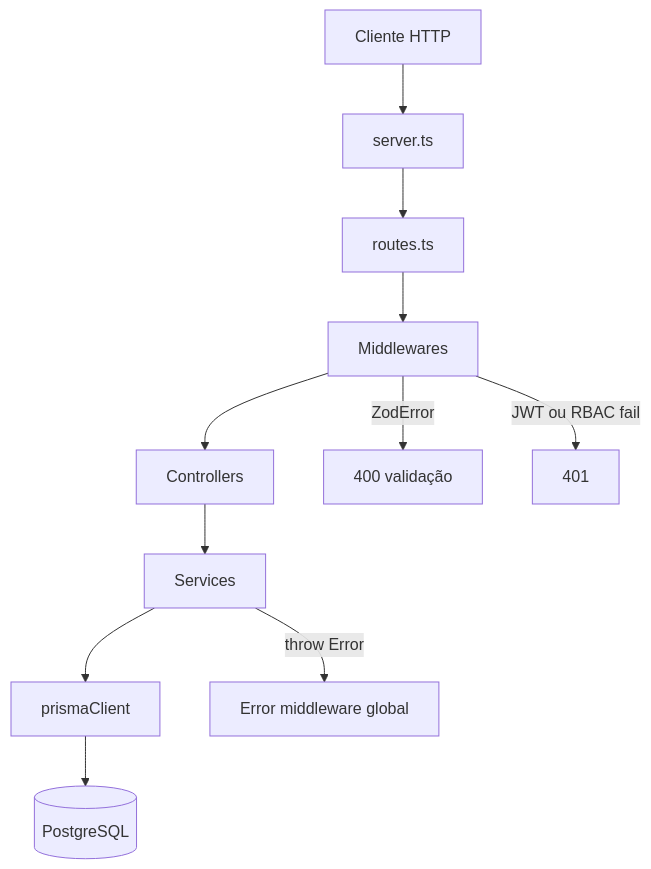
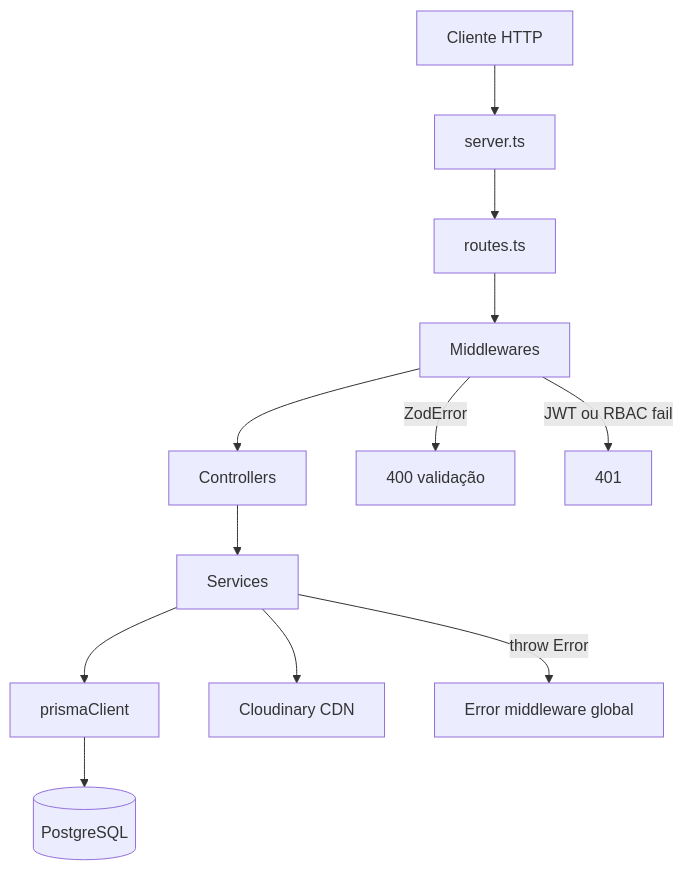
The first of 3 diagrams in CONTEXT.md (josethiagodev/orders-delivery), drawn with Mermaid before and after one commit. The commit also changed other lines of this file, not shown here.

````diff
--- a/CONTEXT.md
+++ b/CONTEXT.md
@@ -35,13 +37,14 @@
 ```mermaid
 flowchart TD
   Client[Cliente HTTP] --> Server[server.ts]
   Server --> Routes[routes.ts]
   Routes --> MW[Middlewares]
   MW --> Ctrl[Controllers]
   Ctrl --> Svc[Services]
   Svc --> Prisma[prismaClient]
   Prisma --> DB[(PostgreSQL)]
+  Svc --> Cloudinary[Cloudinary CDN]
   Svc -->|throw Error| ErrHandler[Error middleware global]
   MW -->|ZodError| ValErr[400 validação]
   MW -->|JWT ou RBAC fail| AuthErr[401]
 ```
````
